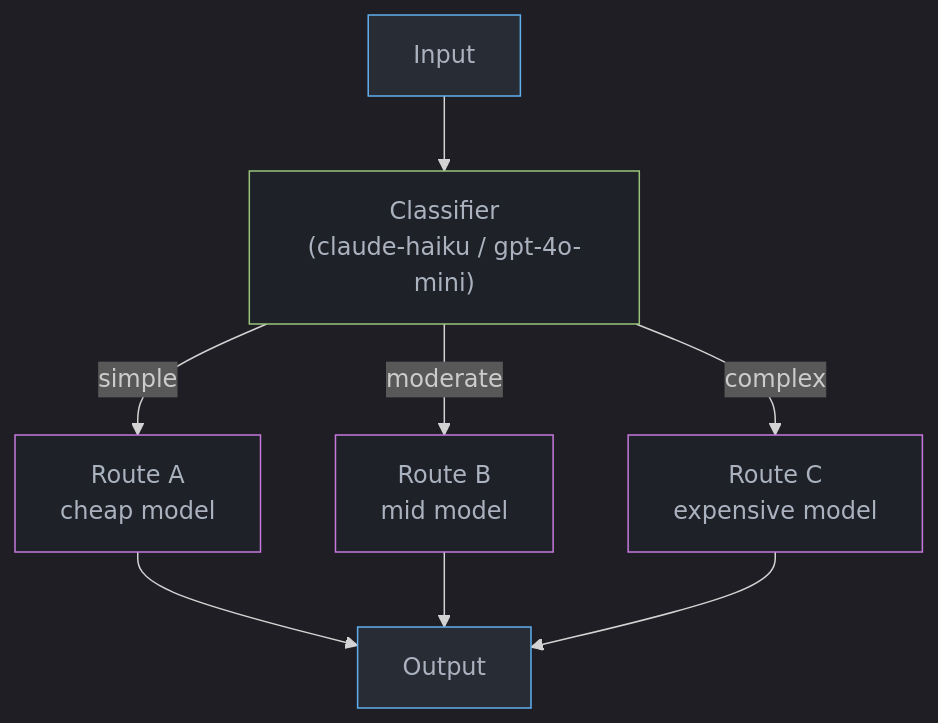
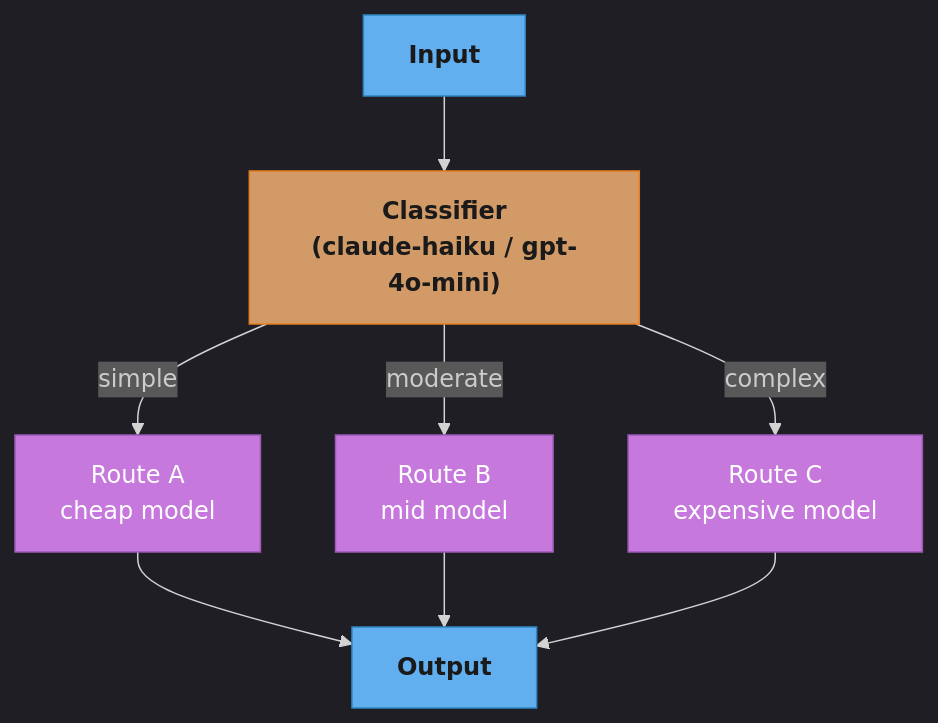
One commit to rppol/system-design changed the second of 7 diagrams in src/main/java/com/rutik/systemdesign/llm/agentic_workflow_patterns/README.md. Above: the diagram before and after it, drawn with Mermaid. The commit also changed other lines of this file and 88 other files, not shown here.

````diff
--- a/src/main/java/com/rutik/systemdesign/llm/agentic_workflow_patterns/README.md
+++ b/src/main/java/com/rutik/systemdesign/llm/agentic_workflow_patterns/README.md
@@ -439,24 +442,28 @@
 ```mermaid
 %%{init: {'flowchart': {'curve': 'basis'}, 'theme': 'dark'}}%%
 flowchart TD
-    classDef io    fill:#282c34,stroke:#61afef,color:#abb2bf
-    classDef proc  fill:#1e2127,stroke:#98c379,color:#abb2bf
-    classDef llm   fill:#1e2127,stroke:#c678dd,color:#abb2bf
+    classDef io      fill:#61afef,stroke:#2e86c1,color:#1a1a1a,font-weight:bold
+    classDef frozen  fill:#c678dd,stroke:#9b59b6,color:#fff
+    classDef train   fill:#98c379,stroke:#27ae60,color:#1a1a1a
+    classDef mathOp  fill:#d19a66,stroke:#e67e22,color:#1a1a1a,font-weight:bold
+    classDef lossN   fill:#e06c75,stroke:#c0392b,color:#fff,font-weight:bold
+    classDef req     fill:#56b6c2,stroke:#0097a7,color:#1a1a1a
+    classDef base    fill:#e5c07b,stroke:#f39c12,color:#1a1a1a
 
     IN["Input"]
     CLS["Classifier\n(claude-haiku / gpt-4o-mini)"]
     RA["Route A\ncheap model"]
     RB["Route B\nmid model"]
     RC["Route C\nexpensive model"]
     OUT["Output"]
 
     IN --> CLS
     CLS -->|"simple"| RA
     CLS -->|"moderate"| RB
     CLS -->|"complex"| RC
     RA & RB & RC --> OUT
 
     class IN,OUT io
-    class CLS proc
-    class RA,RB,RC llm
+    class CLS mathOp
+    class RA,RB,RC frozen
 ```
````
